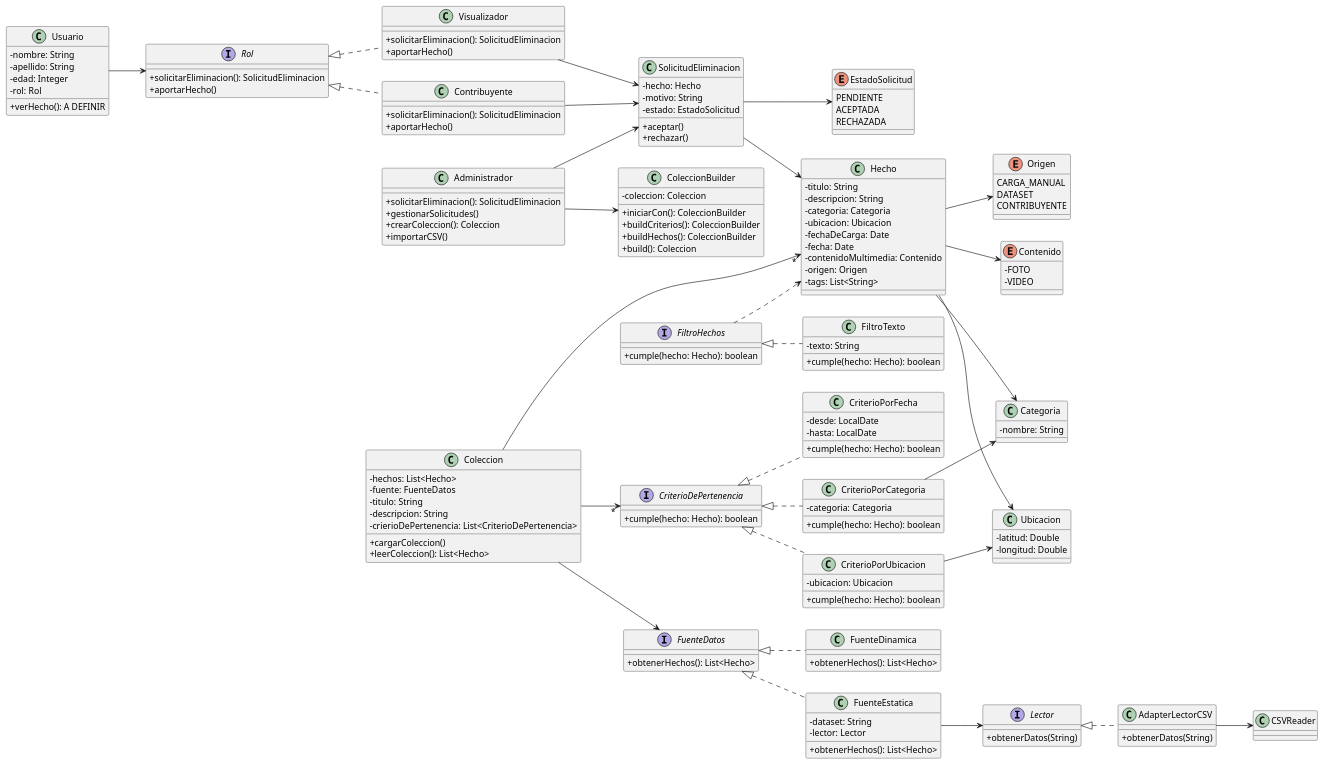
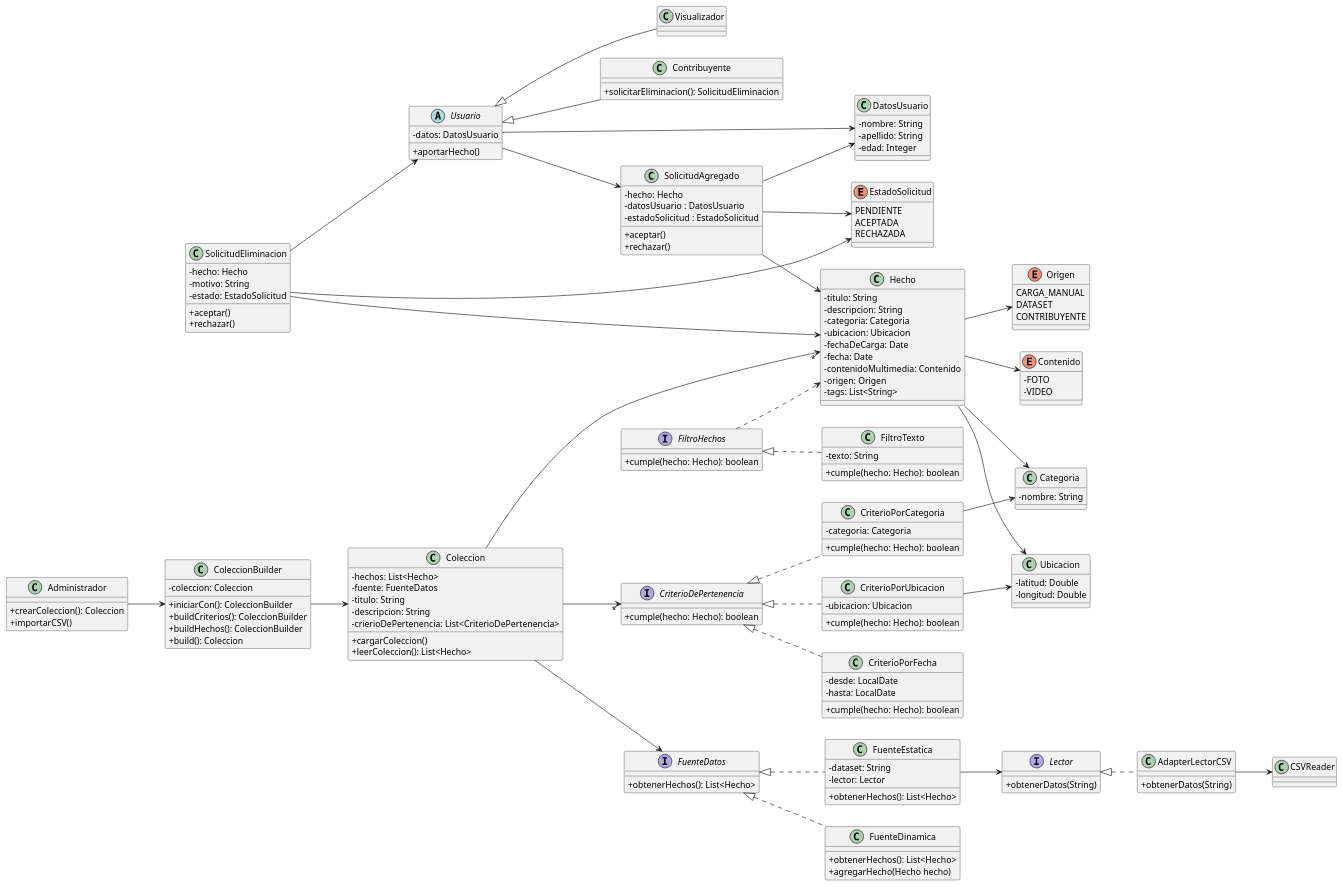
The diagram in DC_V2.puml (nicofernandez17/backend-arquitectura-limpia), drawn with PlantUML before and after one commit. The commit also changed 9 other files, not shown here.

Commit message:
Cambios en Diagrama; Agregado de clase Solicitud Agregador

```diff
--- a/DC_V2.puml
+++ b/DC_V2.puml
@@ -1,193 +1,199 @@
 @startuml
 left to right direction
 skinparam classAttributeIconSize 0
 
 '---------------------- Usuarios ----------------------
-class Usuario {
-    -nombre: String
-    -apellido: String
-    -edad: Integer
-    -rol: Rol
-
-    +verHecho(): A DEFINIR
-}
-
-interface Rol {
-    +solicitarEliminacion(): SolicitudEliminacion
+abstract class Usuario {
+    -datos: DatosUsuario
     +aportarHecho()
 }
 
-class Visualizador implements Rol {
-    +solicitarEliminacion(): SolicitudEliminacion
-    +aportarHecho()
+class Visualizador extends Usuario {
+
 }
 
-class Contribuyente implements Rol {
+class Contribuyente extends Usuario {
     +solicitarEliminacion(): SolicitudEliminacion
-    +aportarHecho()
 }
 
 class Administrador {
-
-    +solicitarEliminacion(): SolicitudEliminacion
-    +gestionarSolicitudes()
     +crearColeccion(): Coleccion
     +importarCSV()
 }
 
-Usuario --> Rol
-Administrador --> SolicitudEliminacion
+class DatosUsuario {
+    -nombre: String
+    -apellido: String
+    -edad: Integer
+}
+
+SolicitudEliminacion --> Usuario
 Administrador --> ColeccionBuilder
-Visualizador --> SolicitudEliminacion
-Contribuyente --> SolicitudEliminacion
+ColeccionBuilder --> Coleccion
+Usuario --> DatosUsuario
 
 '---------------------- Solicitud Eliminación ----------------------
 class SolicitudEliminacion {
     -hecho: Hecho
     -motivo: String
     -estado: EstadoSolicitud
 
     +aceptar()
     +rechazar()
 }
 
 enum EstadoSolicitud {
     PENDIENTE
     ACEPTADA
     RECHAZADA
 }
 
 SolicitudEliminacion --> Hecho
 SolicitudEliminacion --> EstadoSolicitud
+
+'---------------------- Solicitud Agregado ----------------------
+class SolicitudAgregado {
+    -hecho: Hecho
+    -datosUsuario : DatosUsuario
+    -estadoSolicitud : EstadoSolicitud
+
+    +aceptar()
+    +rechazar()
+}
+Usuario --> SolicitudAgregado
+SolicitudAgregado --> Hecho
+SolicitudAgregado --> EstadoSolicitud
+SolicitudAgregado --> DatosUsuario
 
 '---------------------- Colecciones ----------------------
 class Coleccion {
     -hechos: List<Hecho>
     -fuente: FuenteDatos
     -titulo: String
     -descripcion: String
     -crierioDePertenencia: List<CriterioDePertenencia>
 
     +cargarColeccion()
     +leerColeccion(): List<Hecho>
 }
 
 class ColeccionBuilder {
 
     -coleccion: Coleccion
     +iniciarCon(): ColeccionBuilder
     +buildCriterios(): ColeccionBuilder
     +buildHechos(): ColeccionBuilder
     +build(): Coleccion
 
 }
 
 interface CriterioDePertenencia {
     +cumple(hecho: Hecho): boolean
 }
 
 class CriterioPorUbicacion implements CriterioDePertenencia {
     -ubicacion: Ubicacion
     +cumple(hecho: Hecho): boolean
 }
 
 class CriterioPorFecha implements CriterioDePertenencia {
     -desde: LocalDate
     -hasta: LocalDate
     +cumple(hecho: Hecho): boolean
 }
 
 class CriterioPorCategoria implements CriterioDePertenencia {
     -categoria: Categoria
     +cumple(hecho: Hecho): boolean
 }
 
 Coleccion --> "*" Hecho
 Coleccion --> FuenteDatos
 Coleccion --> "*" CriterioDePertenencia
 CriterioPorCategoria --> Categoria
 CriterioPorUbicacion --> Ubicacion
 
 '---------------------- Hechos ----------------------
 class Hecho {
     -titulo: String
     -descripcion: String
     -categoria: Categoria
     -ubicacion: Ubicacion
     -fechaDeCarga: Date
     -fecha: Date
     -contenidoMultimedia: Contenido
     -origen: Origen
     -tags: List<String>
 }
 
 class Categoria {
     -nombre: String
 }
 
 enum Origen {
     CARGA_MANUAL
     DATASET
     CONTRIBUYENTE
 }
 
 class Ubicacion {
     -latitud: Double
     -longitud: Double
 }
 
 enum Contenido {
     -FOTO
     -VIDEO
 }
 
 Hecho --> Categoria
 Hecho --> Ubicacion
 Hecho --> Origen
 Hecho --> Contenido
 
 '---------------------- Filtros de Hechos ----------------------
 interface FiltroHechos {
     +cumple(hecho: Hecho): boolean
 }
 
 class FiltroTexto implements FiltroHechos {
     -texto: String
     +cumple(hecho: Hecho): boolean
 }
 
 FiltroHechos ..> Hecho
 
 '---------------------- Fuentes de Datos ----------------------
 interface FuenteDatos {
     +obtenerHechos(): List<Hecho>
 }
 
 class FuenteEstatica implements FuenteDatos {
     -dataset: String
     -lector: Lector
     +obtenerHechos(): List<Hecho>
 }
 
 class FuenteDinamica implements FuenteDatos {
     +obtenerHechos(): List<Hecho>
+    + agregarHecho(Hecho hecho)
 }
 
 FuenteEstatica --> Lector
 
 '---------------------- Lectores ----------------------
 interface Lector {
     +obtenerDatos(String)
 }
 
 class AdapterLectorCSV implements Lector {
 
     +obtenerDatos(String)
 }
 
 class CSVReader {
 
 }
 AdapterLectorCSV --> CSVReader
 
 @enduml
```
